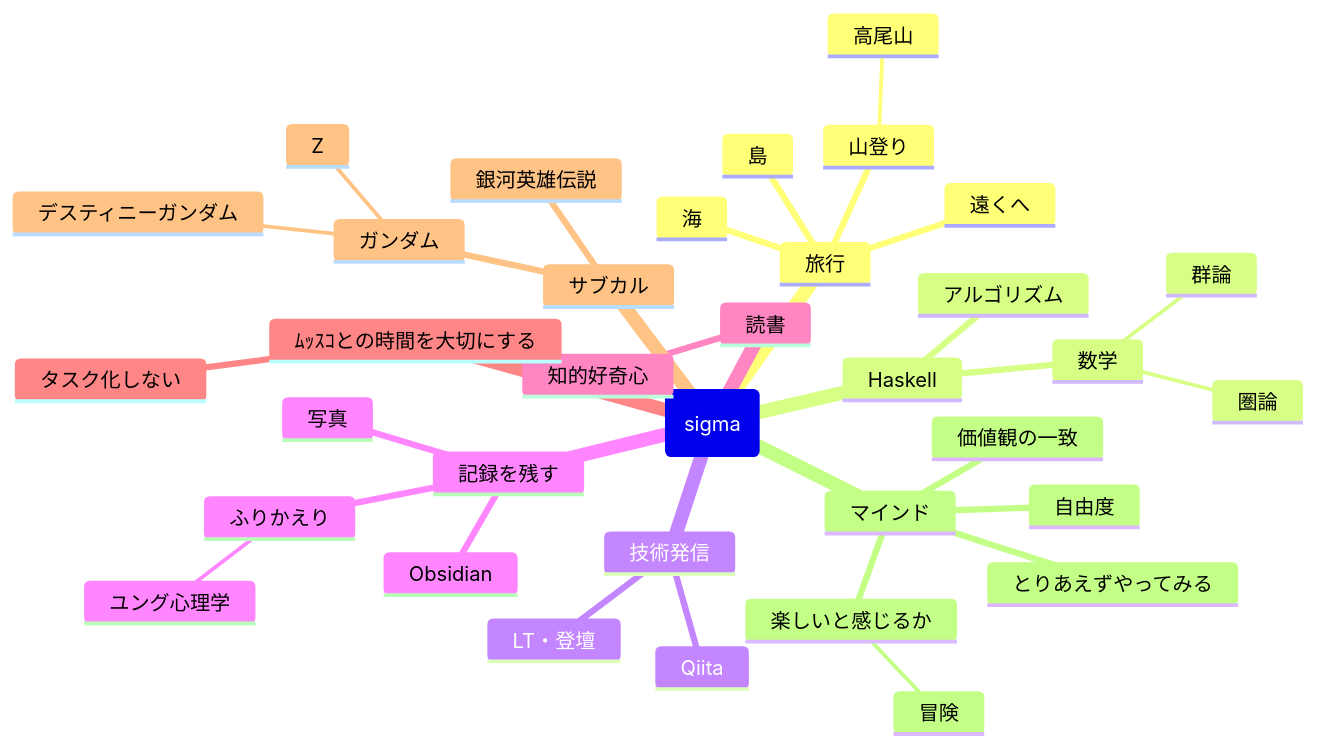
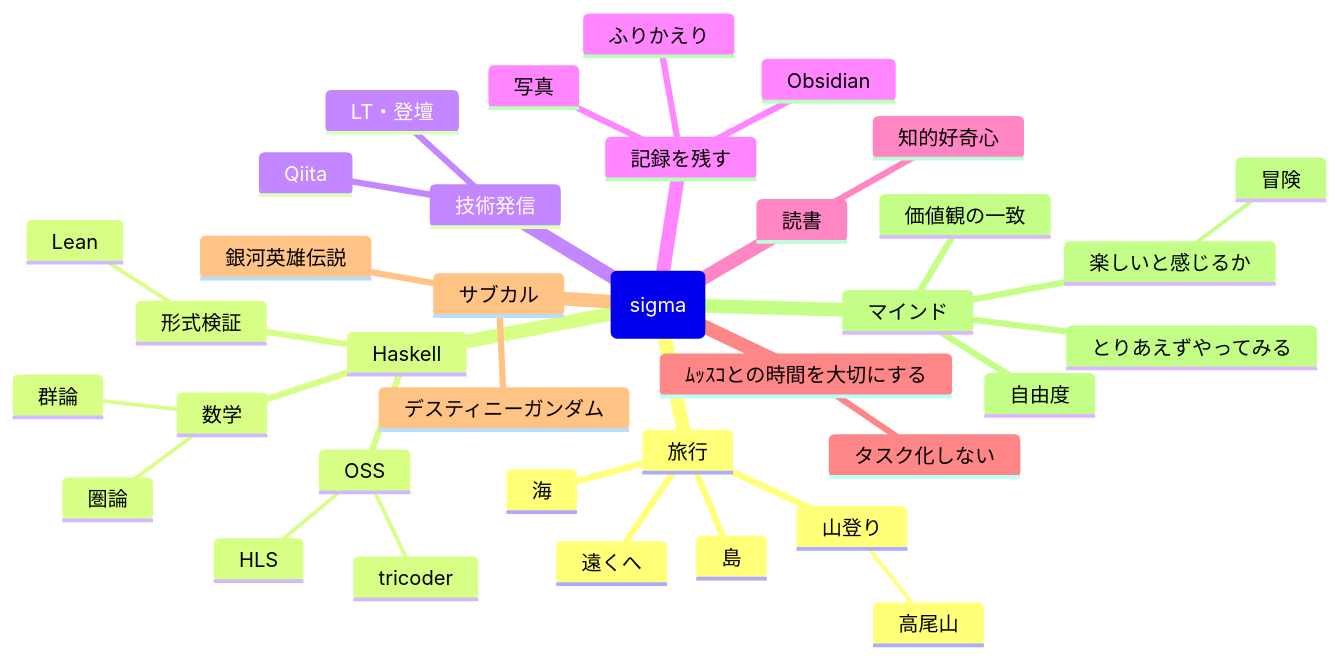
One commit to RyosukeDTomita/myblog changed the diagram in posts/my_interests.md. Above: the diagram before and after it, drawn with Mermaid. The commit also changed other lines of this file and 5 other files, not shown here.

````diff
--- a/posts/my_interests.md
+++ b/posts/my_interests.md
@@ -12,38 +12,39 @@
 ```mermaid
 mindmap
 root(sigma)
   旅行
     海
     島
     遠くへ
     山登り
       高尾山
   Haskell
+    OSS
+      tricoder
+      HLS
     数学
       圏論
       群論
-    アルゴリズム
+    形式検証
+      Lean
   技術発信
     Qiita
     LT・登壇
   記録を残す
     ふりかえり
-      ユング心理学
     Obsidian
     写真
   読書
     知的好奇心
   ﾑｯｽｺとの時間を大切にする
     タスク化しない
   サブカル
-    ガンダム
-      デスティニーガンダム
-      Z
+    デスティニーガンダム
     銀河英雄伝説
   マインド
     とりあえずやってみる
     楽しいと感じるか
       冒険
     価値観の一致
     自由度
 ```
````
